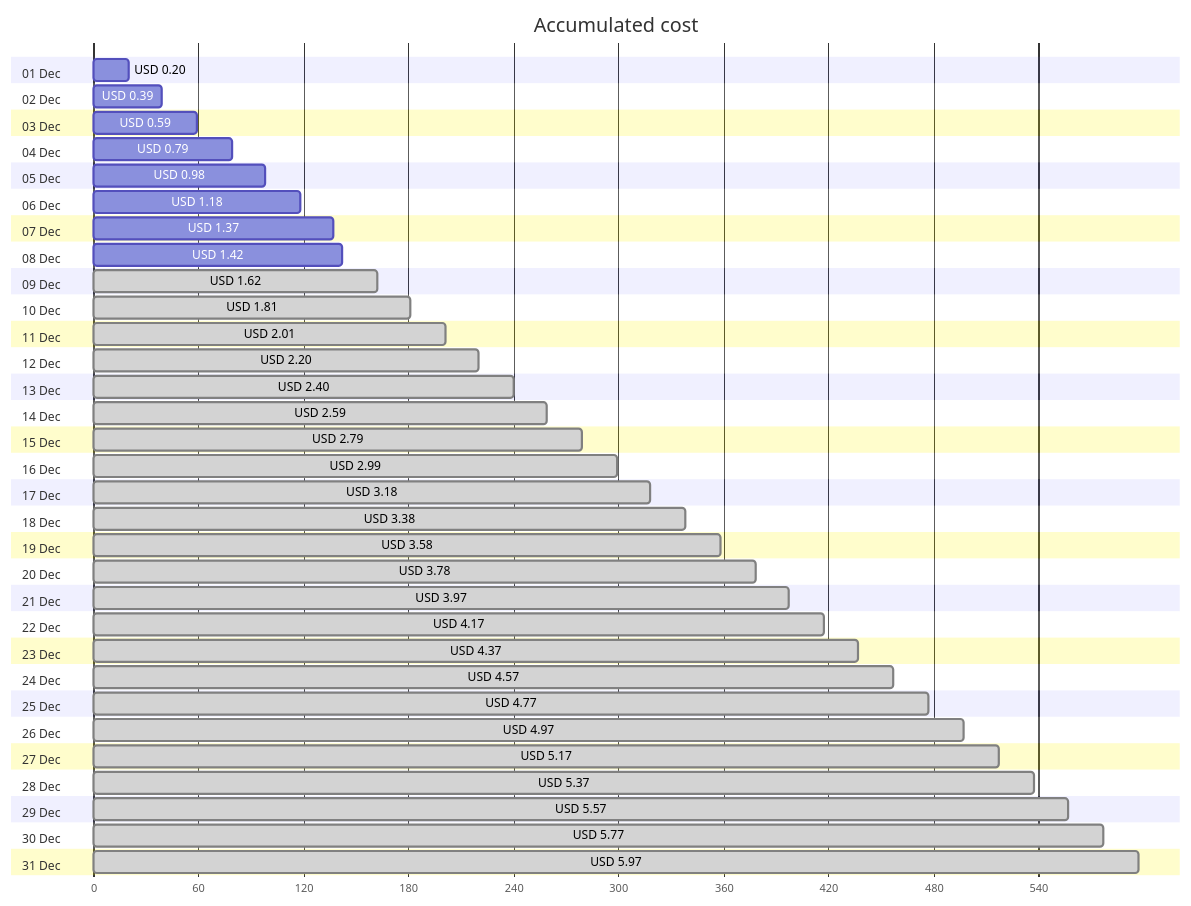
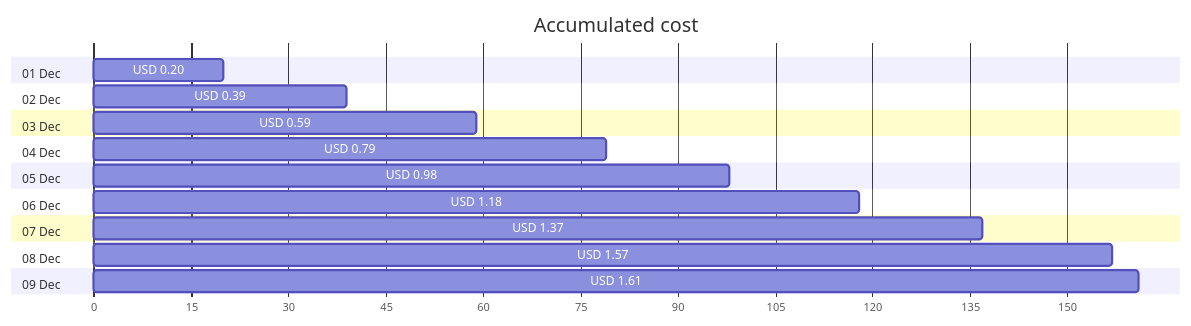
Before and after one commit to jpfulton/azure-personal-reports: the first of 4 diagrams in cost-reports/personal-network/backup-server.md, drawn with Mermaid. The commit also changed other lines of this file and 8 other files, not shown here.

````diff
--- a/cost-reports/personal-network/backup-server.md
+++ b/cost-reports/personal-network/backup-server.md
@@ -20,68 +20,24 @@
 ```mermaid
 gantt
    title Accumulated cost
    dateFormat  X
    axisFormat %s
    section 01 Dec
    USD 0.20 :0, 20
    section 02 Dec
    USD 0.39 :0, 39
    section 03 Dec
    USD 0.59 :0, 59
    section 04 Dec
    USD 0.79 :0, 79
    section 05 Dec
    USD 0.98 :0, 98
    section 06 Dec
    USD 1.18 :0, 118
    section 07 Dec
    USD 1.37 :0, 137
    section 08 Dec
-   USD 1.42 :0, 142
+   USD 1.57 :0, 157
    section 09 Dec
-   USD 1.62 : done, 0, 162
-   section 10 Dec
-   USD 1.81 : done, 0, 181
-   section 11 Dec
-   USD 2.01 : done, 0, 201
-   section 12 Dec
-   USD 2.20 : done, 0, 220
-   section 13 Dec
-   USD 2.40 : done, 0, 240
-   section 14 Dec
-   USD 2.59 : done, 0, 259
-   section 15 Dec
-   USD 2.79 : done, 0, 279
-   section 16 Dec
-   USD 2.99 : done, 0, 299
-   section 17 Dec
-   USD 3.18 : done, 0, 318
-   section 18 Dec
-   USD 3.38 : done, 0, 338
-   section 19 Dec
-   USD 3.58 : done, 0, 358
-   section 20 Dec
-   USD 3.78 : done, 0, 378
-   section 21 Dec
-   USD 3.97 : done, 0, 397
-   section 22 Dec
-   USD 4.17 : done, 0, 417
-   section 23 Dec
-   USD 4.37 : done, 0, 437
-   section 24 Dec
-   USD 4.57 : done, 0, 457
-   section 25 Dec
-   USD 4.77 : done, 0, 477
-   section 26 Dec
-   USD 4.97 : done, 0, 497
-   section 27 Dec
-   USD 5.17 : done, 0, 517
-   section 28 Dec
-   USD 5.37 : done, 0, 537
-   section 29 Dec
-   USD 5.57 : done, 0, 557
-   section 30 Dec
-   USD 5.77 : done, 0, 577
-   section 31 Dec
-   USD 5.97 : done, 0, 597
+   USD 1.61 :0, 161
 ```
````
